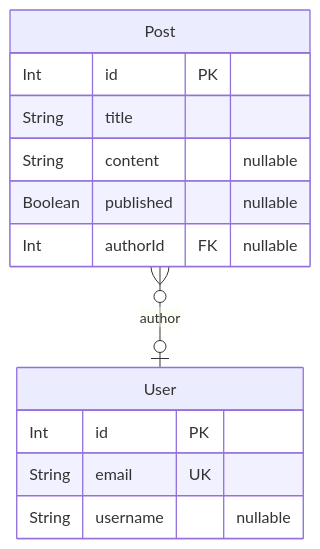
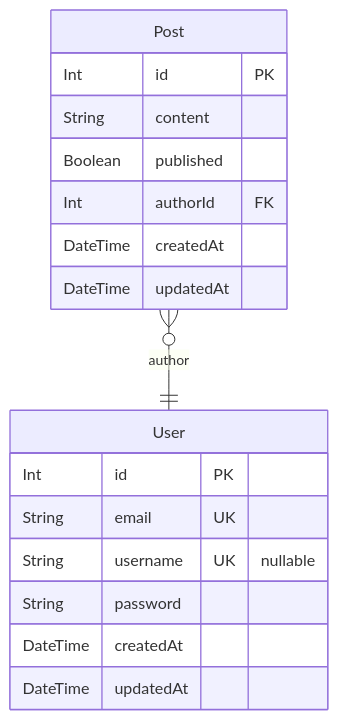
Before and after one commit to Phastboy/nest-auth: the diagram in prisma/ERD.md, drawn with Mermaid. The commit also changed other lines of this file and 4 other files, not shown here.

````diff
--- a/prisma/ERD.md
+++ b/prisma/ERD.md
@@ -7,16 +7,20 @@
 ```mermaid
 erDiagram
 "User" {
   Int id PK
   String email UK
-  String username "nullable"
+  String username UK "nullable"
+  String password
+  DateTime createdAt
+  DateTime updatedAt
 }
 "Post" {
   Int id PK
-  String title
-  String content "nullable"
-  Boolean published "nullable"
-  Int authorId FK "nullable"
+  String content
+  Boolean published
+  Int authorId FK
+  DateTime createdAt
+  DateTime updatedAt
 }
-"Post" }o--o| "User" : author
+"Post" }o--|| "User" : author
 ```
````
